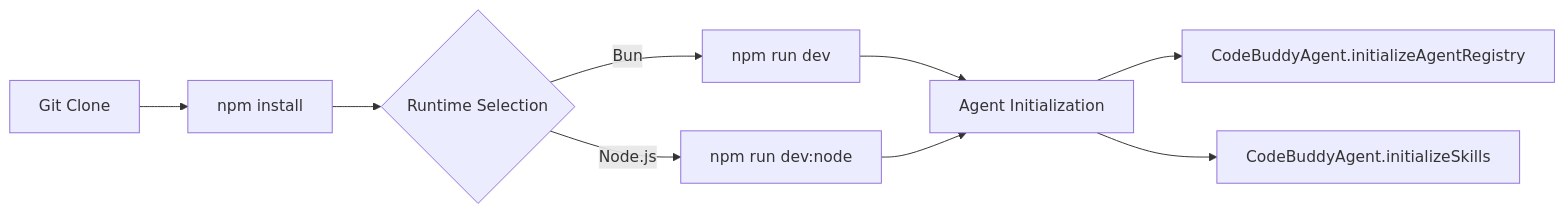
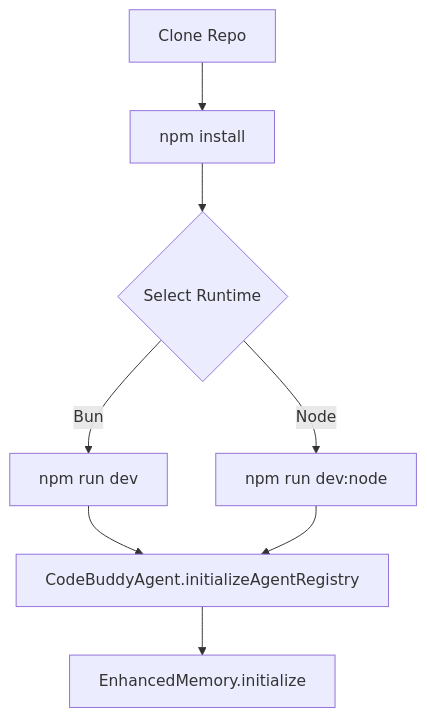
The first of 5 diagrams in .codebuddy/docs/10-development.md (Zeeeepa/code-buddy), drawn with Mermaid before and after one commit. The commit also changed other lines of this file and 29 other files, not shown here.

````diff
--- a/.codebuddy/docs/10-development.md
+++ b/.codebuddy/docs/10-development.md
@@ -20,11 +20,10 @@
 ```mermaid
-graph LR
-    A[Git Clone] --> B[npm install]
-    B --> C{Runtime Selection}
+graph TD
+    A[Clone Repo] --> B[npm install]
+    B --> C{Select Runtime}
     C -->|Bun| D[npm run dev]
-    C -->|Node.js| E[npm run dev:node]
-    D --> F[Agent Initialization]
+    C -->|Node| E[npm run dev:node]
+    D --> F[CodeBuddyAgent.initializeAgentRegistry]
     E --> F
-    F --> G[CodeBuddyAgent.initializeAgentRegistry]
-    F --> H[CodeBuddyAgent.initializeSkills]
+    F --> G[EnhancedMemory.initialize]
 ```
````
